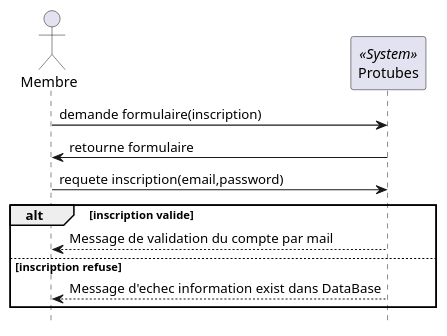
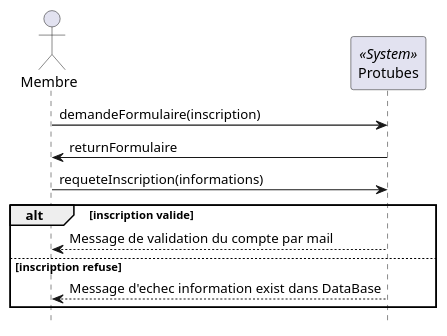
Before and after one commit to galbanie/Protubes_old: the diagram in UML/DSS/DSS_Inscription.puml, drawn with PlantUML. The commit also changed 5 other files, not shown here.

Commit message:
Diagramme de séquence système Recherche entité Correctif css basse resolution

```diff
--- a/UML/DSS/DSS_Inscription.puml
+++ b/UML/DSS/DSS_Inscription.puml
@@ -1,18 +1,18 @@
 @startuml
     hide footbox
     
     actor Membre
     participant Protubes << System >>
 
-    Membre -> Protubes : demande formulaire(inscription)
-    Protubes -> Membre : retourne formulaire
-    Membre -> Protubes : requete inscription(email,password)
+    Membre -> Protubes : demandeFormulaire(inscription)
+    Protubes -> Membre : returnFormulaire
+    Membre -> Protubes : requeteInscription(informations)
 
     alt inscription valide
         Protubes --> Membre : Message de validation du compte par mail
     else inscription refuse
         Protubes --> Membre : Message d'echec information exist dans DataBase
         'Protubes -> Membre : Redirection formulaire(connexion)
     end
 
 @enduml
```
